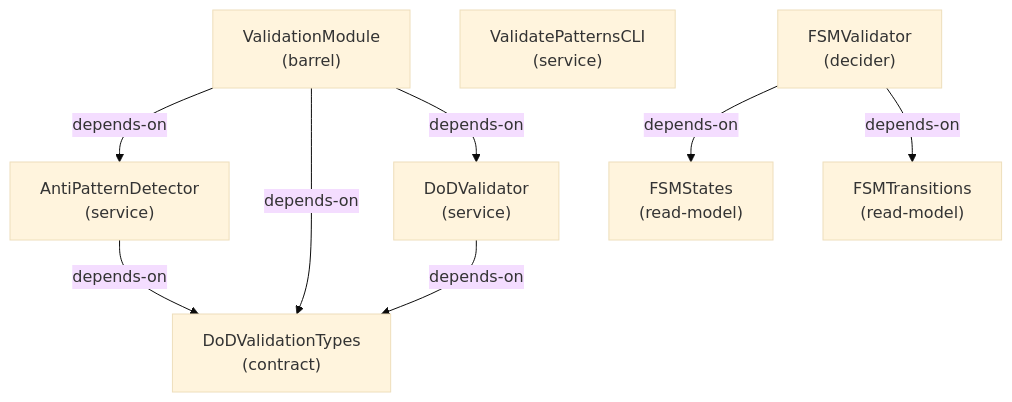
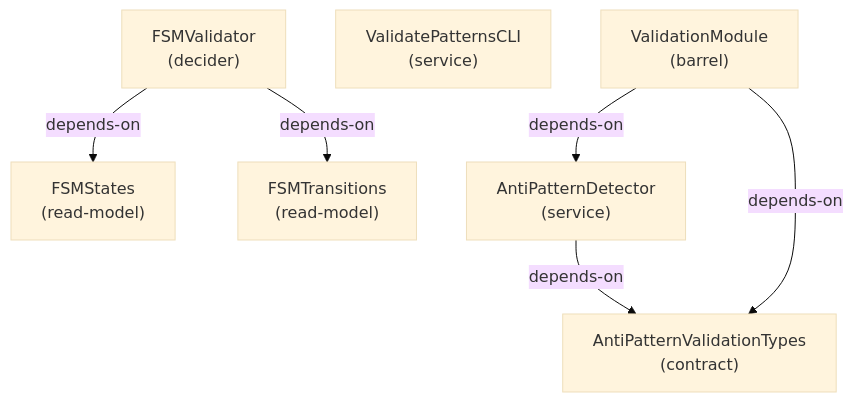
Before and after one commit to libar-dev/architect: diagram 21 of 23 in docs-live/ARCHITECTURE.md, drawn with Mermaid (base theme). The commit also changed other lines of this file and 240 other files, not shown here.

````diff
--- a/docs-live/ARCHITECTURE.md
+++ b/docs-live/ARCHITECTURE.md
@@ -443,18 +439,15 @@
 ```mermaid
 graph TD
   antipatterndetector["AntiPatternDetector<br/>(service)"]
-  dodvalidationtypes["DoDValidationTypes<br/>(contract)"]
-  dodvalidator["DoDValidator<br/>(service)"]
+  antipatternvalidationtypes["AntiPatternValidationTypes<br/>(contract)"]
   fsmstates["FSMStates<br/>(read-model)"]
   fsmtransitions["FSMTransitions<br/>(read-model)"]
   fsmvalidator["FSMValidator<br/>(decider)"]
   validatepatternscli["ValidatePatternsCLI<br/>(service)"]
   validationmodule["ValidationModule<br/>(barrel)"]
-  antipatterndetector -->|depends-on| dodvalidationtypes
-  dodvalidator -->|depends-on| dodvalidationtypes
+  antipatterndetector -->|depends-on| antipatternvalidationtypes
   fsmvalidator -->|depends-on| fsmstates
   fsmvalidator -->|depends-on| fsmtransitions
   validationmodule -->|depends-on| antipatterndetector
-  validationmodule -->|depends-on| dodvalidationtypes
-  validationmodule -->|depends-on| dodvalidator
+  validationmodule -->|depends-on| antipatternvalidationtypes
 ```
````
